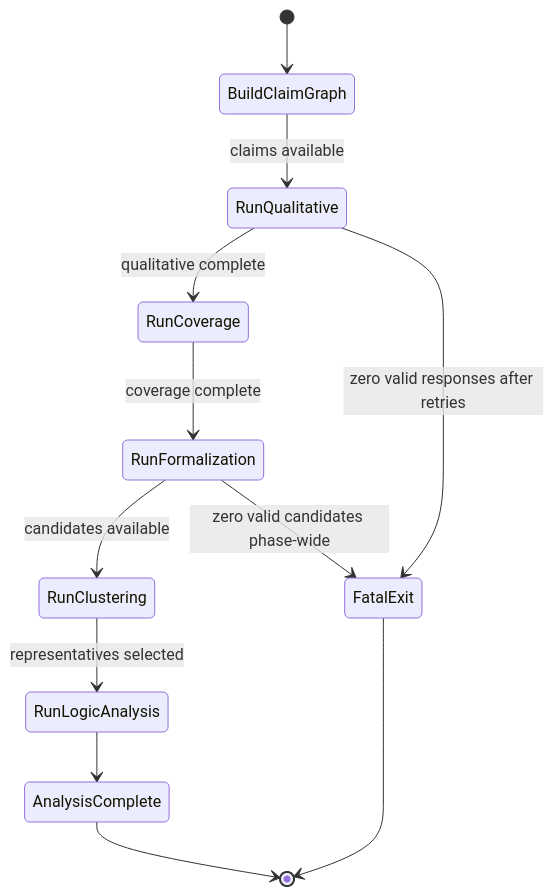
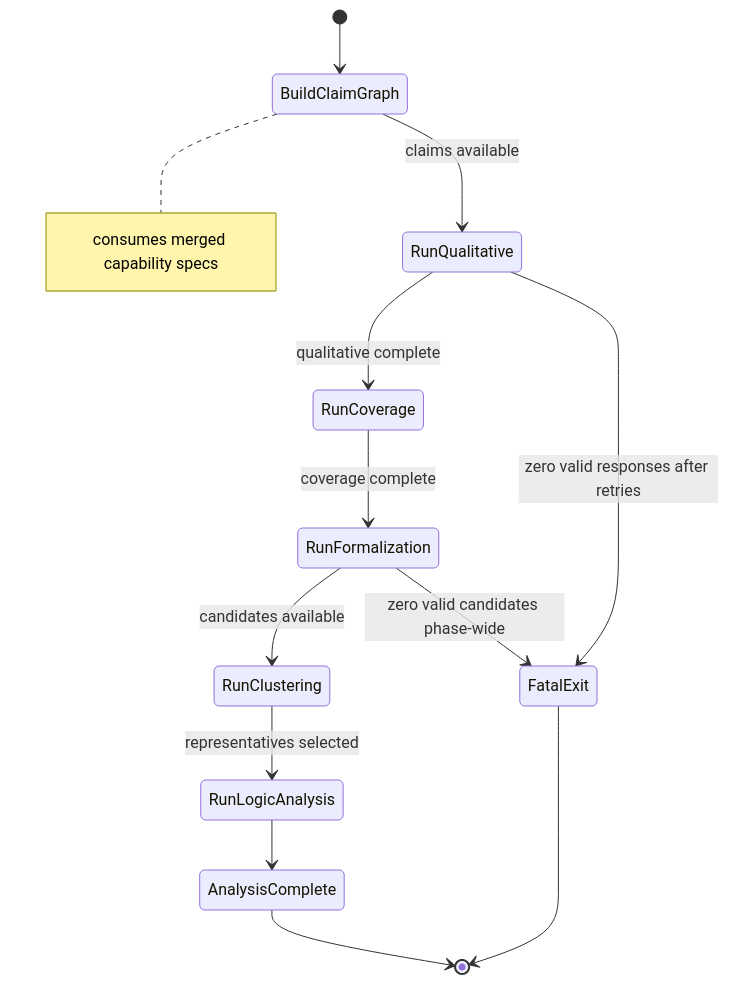
Before and after one commit to ohpauleez/spec-check: the sixth of 13 diagrams in docs/design.md, drawn with Mermaid. The commit also changed other lines of this file and 48 other files, not shown here.

````diff
--- a/docs/design.md
+++ b/docs/design.md
@@ -677,14 +699,15 @@
 ```mermaid
 stateDiagram-v2
     [*] --> BuildClaimGraph
+    note right of BuildClaimGraph: consumes merged capability specs
     BuildClaimGraph --> RunQualitative: claims available
     RunQualitative --> RunCoverage: qualitative complete
     RunQualitative --> FatalExit: zero valid responses after retries
     RunCoverage --> RunFormalization: coverage complete
     RunFormalization --> RunClustering: candidates available
     RunFormalization --> FatalExit: zero valid candidates phase-wide
     RunClustering --> RunLogicAnalysis: representatives selected
     RunLogicAnalysis --> AnalysisComplete
     AnalysisComplete --> [*]
     FatalExit --> [*]
 ```
````
